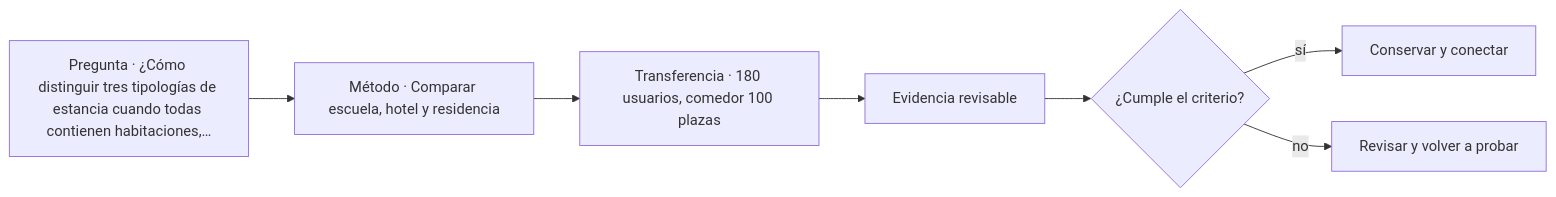
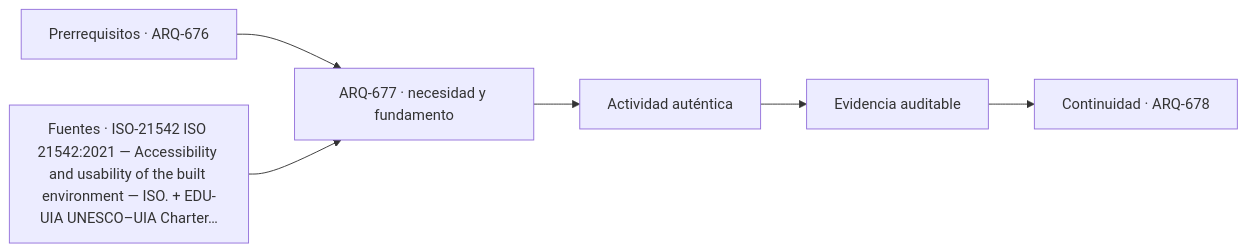
One commit to vladimiracunadev-create/architecture-built-environment-learning-program changed the diagram in classes/parte-68/ARQ-677.md. Above: the diagram before and after it, drawn with Mermaid. The commit also changed other lines of this file and 761 other files, not shown here.

````diff
--- a/classes/parte-68/ARQ-677.md
+++ b/classes/parte-68/ARQ-677.md
@@ -68,9 +80,8 @@
 ```mermaid
 flowchart LR
-    Q["Pregunta · ¿Cómo distinguir tres tipologías de estancia cuando todas contienen habitaciones,…"] --> M["Método · Comparar escuela, hotel y residencia"]
-    M --> P["Transferencia · 180 usuarios, comedor 100 plazas"]
-    P --> E["Evidencia revisable"]
-    E --> C{"¿Cumple el criterio?"}
-    C -->|sí| T["Conservar y conectar"]
-    C -->|no| R["Revisar y volver a probar"]
+    A["Prerrequisitos · ARQ-676"] --> B["ARQ-677 · necesidad y fundamento"]
+    S["Fuentes · ISO-21542 ISO 21542:2021 — Accessibility and usability of the built environment — ISO. + EDU-UIA UNESCO–UIA Charter…"] --> B
+    B --> C["Actividad auténtica"]
+    C --> D["Evidencia auditable"]
+    D --> E["Continuidad · ARQ-678"]
 ```
````
